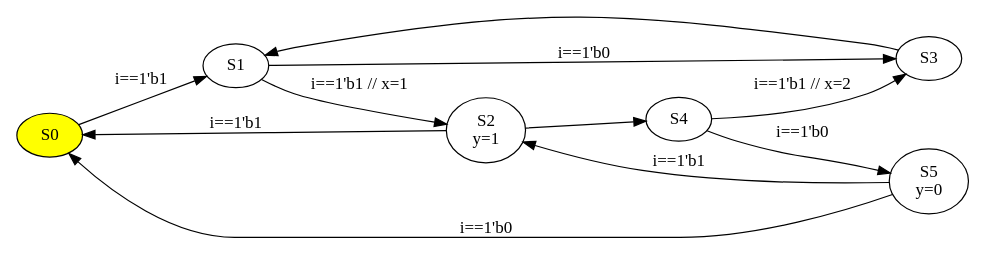
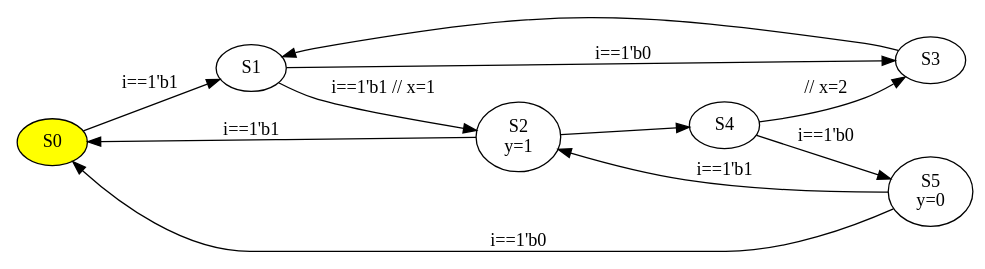
The diagram in example/test.gv (balanx/FsmLog), drawn with Graphviz before and after one commit. The commit also changed 3 other files, not shown here.

```diff
--- a/example/test.gv
+++ b/example/test.gv
@@ -1,20 +1,20 @@
 digraph fsmlog {
 rankdir=LR
 size="8,5"
 S0 [style=filled fillcolor=yellow label="S0"]
 S1 [label="S1"]
 S2 [label="S2\ny=1"]
 S3 [label="S3"]
 S4 [label="S4"]
 S5 [label="S5\ny=0"]
 S0->S1[label="i==1'b1"]
 S1->S2[label="i==1'b1 // x=1"]
 S1->S3[label="i==1'b0"]
 S2->S0[label="i==1'b1"]
 S2->S4[label=""]
 S3->S1
 S4->S5[label="i==1'b0"]
-S4->S3[label="i==1'b1 // x=2"]
+S4->S3[label=" // x=2"]
 S5->S0[label="i==1'b0"]
 S5->S2[label="i==1'b1"]
 }
```
